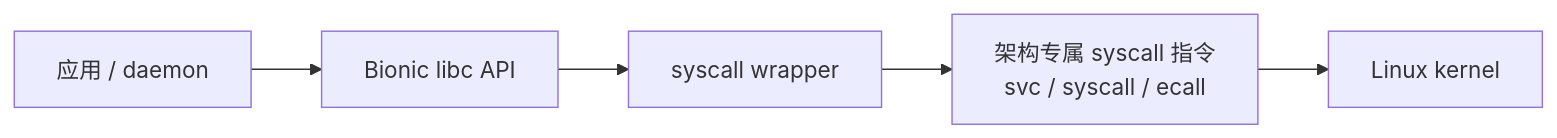
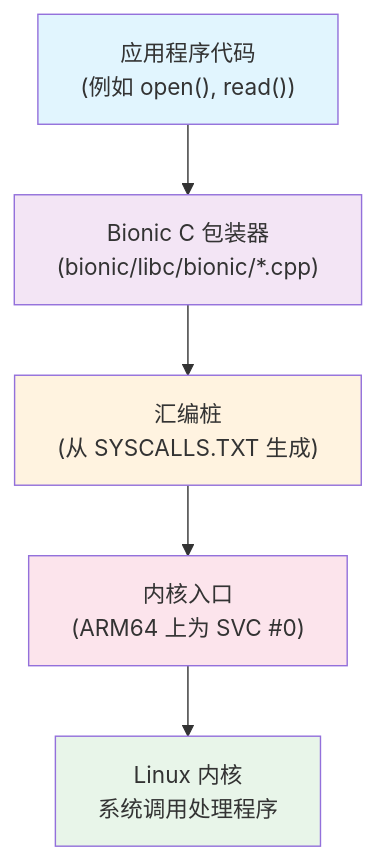
One commit to fwrite0920/aosp-internal-book changed the third of 13 diagrams in 07-bionic-and-linker-zh.md. Above: the diagram before and after it, drawn with Mermaid. The commit also changed other lines of this file and 63 other files, not shown here.

````diff
--- a/07-bionic-and-linker-zh.md
+++ b/07-bionic-and-linker-zh.md
@@ -200,7 +370,13 @@
 ```mermaid
-graph LR
-    A["应用 / daemon"] --> B["Bionic libc API"]
-    B --> C["syscall wrapper"]
-    C --> D["架构专属 syscall 指令<br/>svc / syscall / ecall"]
-    D --> E["Linux kernel"]
+graph TD
+    A["应用程序代码<br/>(例如 open(), read())"] --> B["Bionic C 包装器<br/>(bionic/libc/bionic/*.cpp)"]
+    B --> C["汇编桩<br/>(从 SYSCALLS.TXT 生成)"]
+    C --> D["内核入口<br/>(ARM64 上为 SVC #0)"]
+    D --> E["Linux 内核<br/>系统调用处理程序"]
+
+    style A fill:#e1f5fe
+    style B fill:#f3e5f5
+    style C fill:#fff3e0
+    style D fill:#fce4ec
+    style E fill:#e8f5e9
 ```
````
